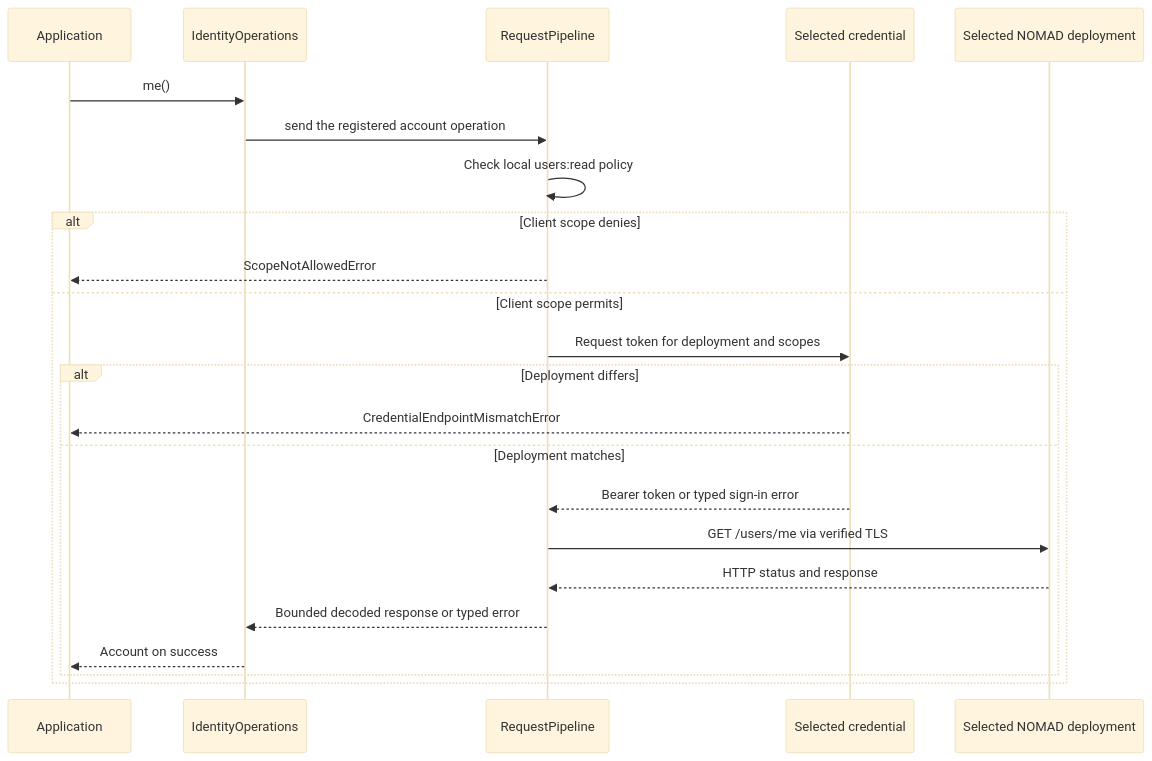
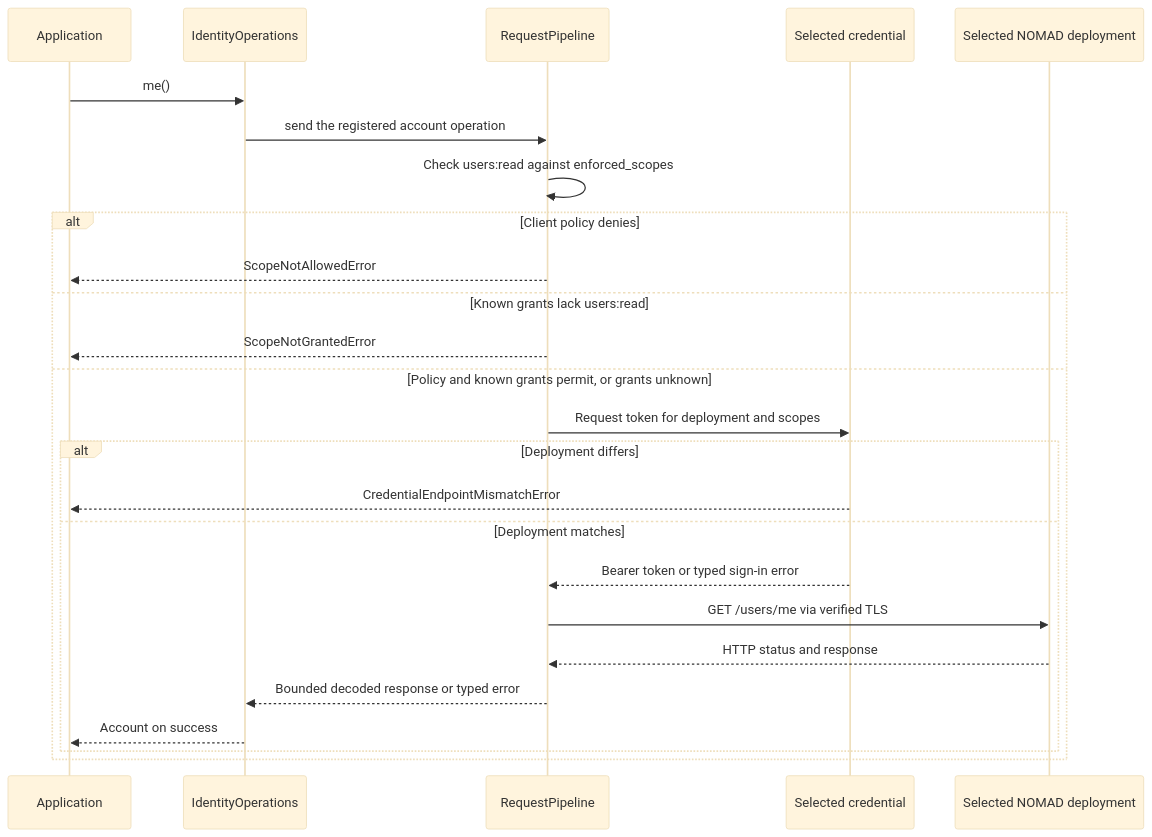
The fifth of 11 diagrams in docs/dev/identity/index.md (FAIRmat-NFDI/nomad-python-api), drawn with Mermaid (base theme) before and after one commit. The commit also changed other lines of this file and 30 other files, not shown here.

First line of the commit message:
feat(identity): separate requested and enforced scopes

````diff
--- a/docs/dev/identity/index.md
+++ b/docs/dev/identity/index.md
@@ -223,26 +239,28 @@
 ```mermaid
 sequenceDiagram
     participant App as Application
     participant Identity as IdentityOperations
     participant Pipeline as RequestPipeline
     participant Credential as Selected credential
     participant NOMAD as Selected NOMAD deployment
 
     App->>Identity: me()
     Identity->>Pipeline: send the registered account operation
-    Pipeline->>Pipeline: Check local users:read policy
-    alt Client scope denies
+    Pipeline->>Pipeline: Check users:read against enforced_scopes
+    alt Client policy denies
         Pipeline-->>App: ScopeNotAllowedError
-    else Client scope permits
+    else Known grants lack users:read
+        Pipeline-->>App: ScopeNotGrantedError
+    else Policy and known grants permit, or grants unknown
         Pipeline->>Credential: Request token for deployment and scopes
         alt Deployment differs
             Credential-->>App: CredentialEndpointMismatchError
         else Deployment matches
             Credential-->>Pipeline: Bearer token or typed sign-in error
             Pipeline->>NOMAD: GET /users/me via verified TLS
             NOMAD-->>Pipeline: HTTP status and response
             Pipeline-->>Identity: Bounded decoded response or typed error
             Identity-->>App: Account on success
         end
     end
 ```
````
